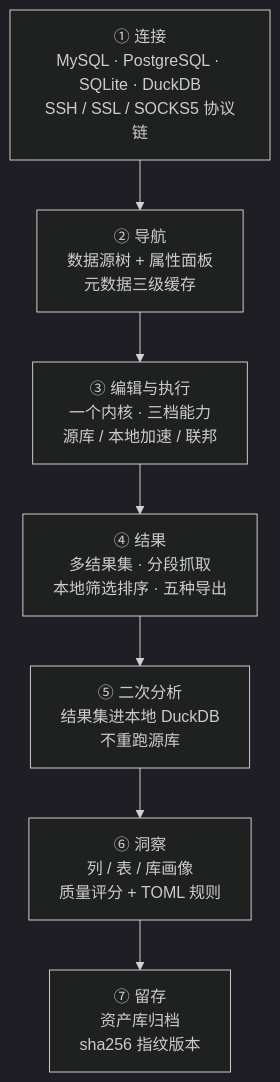
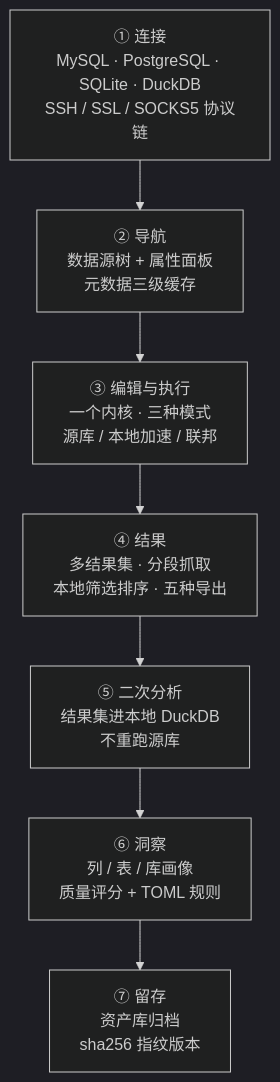
Before and after one commit to ling-love-xin/RdataStation-v2: the first of 3 diagrams in README.md, drawn with Mermaid (dark theme). The commit also changed other lines of this file and 2 other files, not shown here.

````diff
--- a/README.md
+++ b/README.md
@@ -165,11 +192,11 @@
 ```mermaid
 flowchart TD
     A["① 连接<br/>MySQL · PostgreSQL · SQLite · DuckDB<br/>SSH / SSL / SOCKS5 协议链"]
     B["② 导航<br/>数据源树 + 属性面板<br/>元数据三级缓存"]
-    C["③ 编辑与执行<br/>一个内核 · 三档能力<br/>源库 / 本地加速 / 联邦"]
+    C["③ 编辑与执行<br/>一个内核 · 三种模式<br/>源库 / 本地加速 / 联邦"]
     D["④ 结果<br/>多结果集 · 分段抓取<br/>本地筛选排序 · 五种导出"]
     E["⑤ 二次分析<br/>结果集进本地 DuckDB<br/>不重跑源库"]
     F["⑥ 洞察<br/>列 / 表 / 库画像<br/>质量评分 + TOML 规则"]
     G["⑦ 留存<br/>资产库归档<br/>sha256 指纹版本"]
     A --> B --> C --> D --> E --> F --> G
 ```
````
